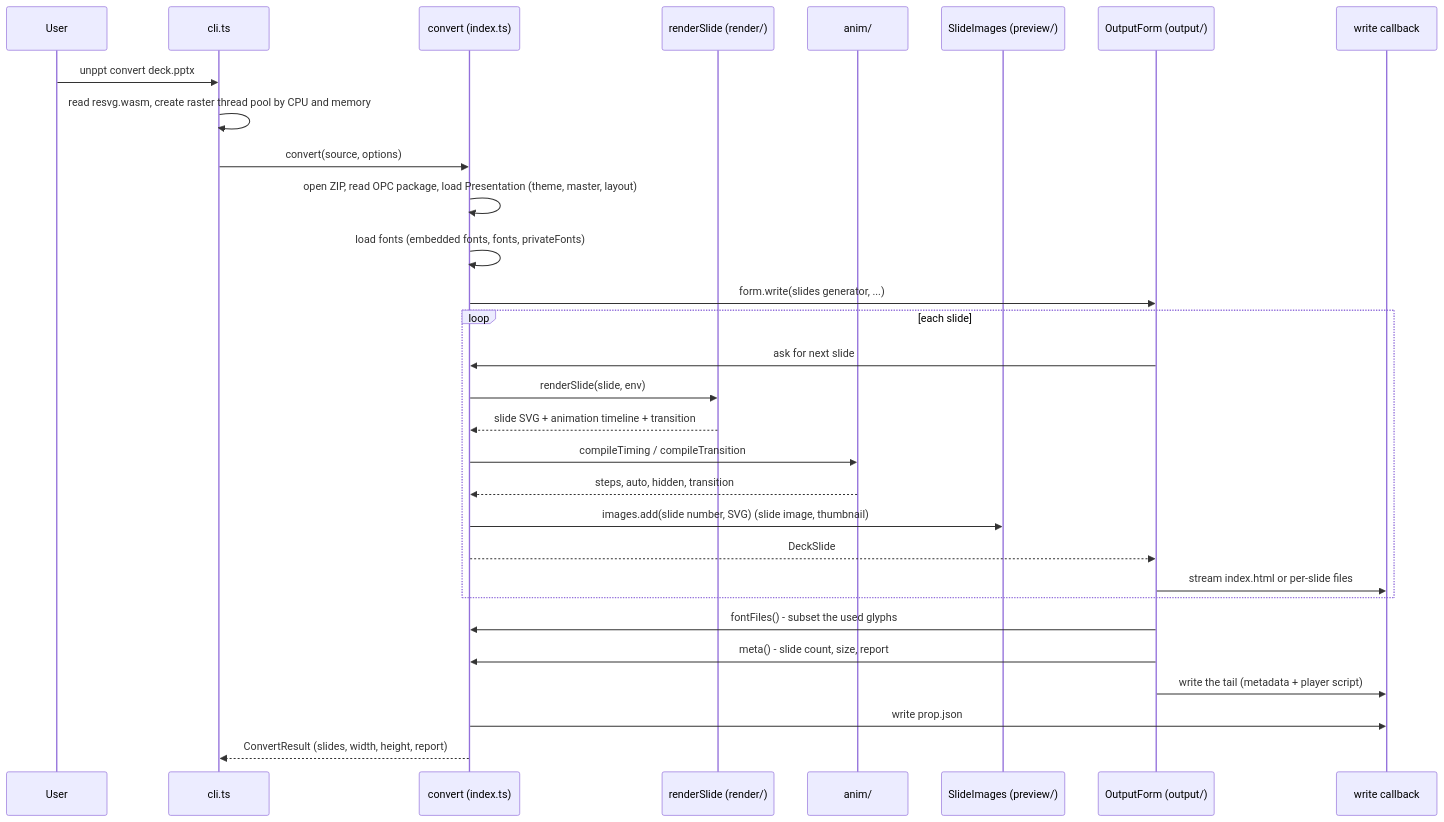
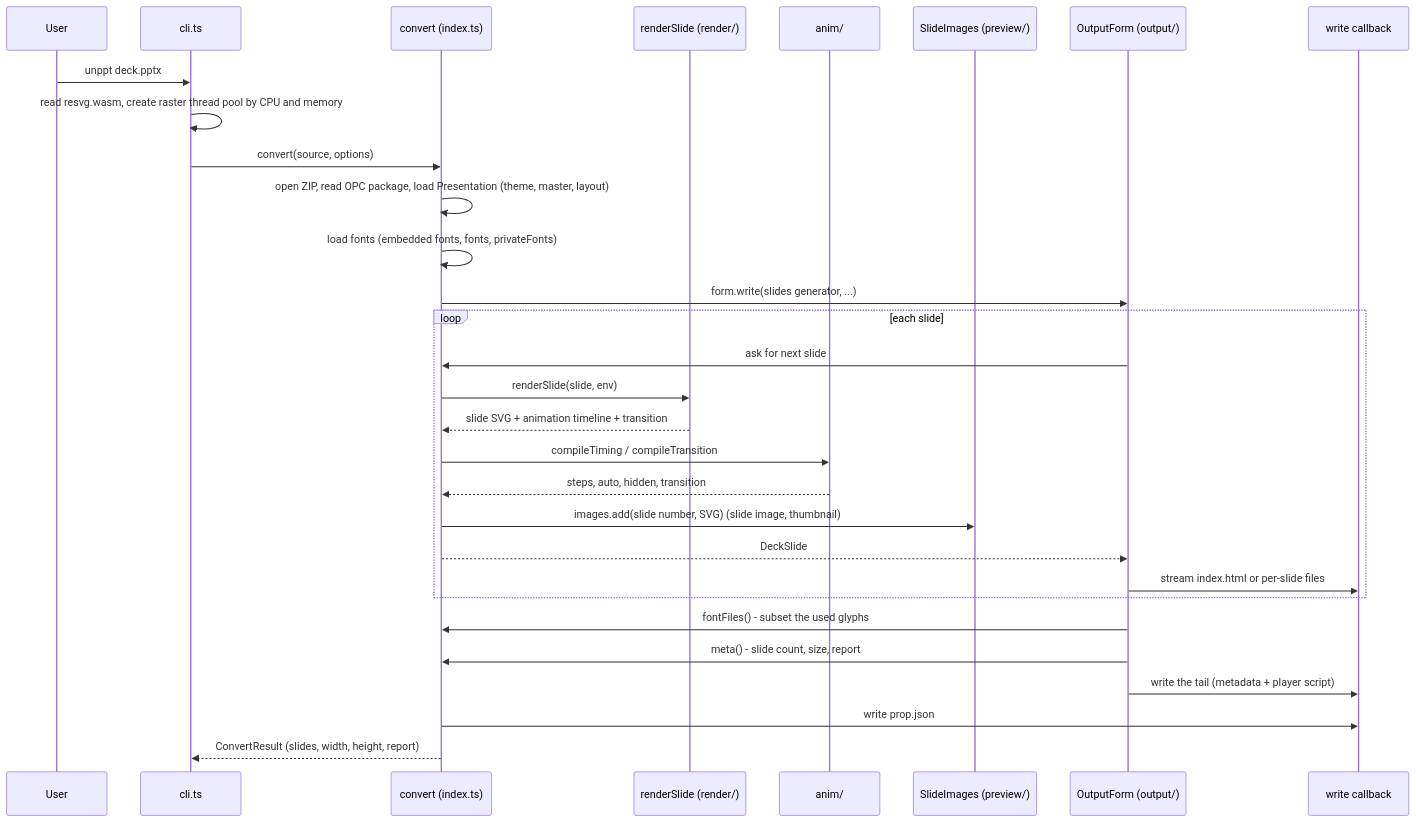
Before and after one commit to spitmaster/unppt: the fifth of 16 diagrams in docs/en/architecture.md, drawn with Mermaid. The commit also changed 24 other files, not shown here.

First line of the commit message:
release: 0.2.0 命令行简化为 unppt <文件.pptx>

````diff
--- a/docs/en/architecture.md
+++ b/docs/en/architecture.md
@@ -205,33 +205,33 @@
 ```mermaid
 sequenceDiagram
   participant U as User
   participant CLI as cli.ts
   participant C as convert (index.ts)
   participant R as renderSlide (render/)
   participant A as anim/
   participant I as SlideImages (preview/)
   participant O as OutputForm (output/)
   participant W as write callback
 
-  U->>CLI: unppt convert deck.pptx
+  U->>CLI: unppt deck.pptx
   CLI->>CLI: read resvg.wasm, create raster thread pool by CPU and memory
   CLI->>C: convert(source, options)
   C->>C: open ZIP, read OPC package, load Presentation (theme, master, layout)
   C->>C: load fonts (embedded fonts, fonts, privateFonts)
   C->>O: form.write(slides generator, ...)
   loop each slide
     O->>C: ask for next slide
     C->>R: renderSlide(slide, env)
     R-->>C: slide SVG + animation timeline + transition
     C->>A: compileTiming / compileTransition
     A-->>C: steps, auto, hidden, transition
     C->>I: images.add(slide number, SVG) (slide image, thumbnail)
     C-->>O: DeckSlide
     O->>W: stream index.html or per-slide files
   end
   O->>C: fontFiles() - subset the used glyphs
   O->>C: meta() - slide count, size, report
   O->>W: write the tail (metadata + player script)
   C->>W: write prop.json
   C-->>CLI: ConvertResult (slides, width, height, report)
 ```
````
